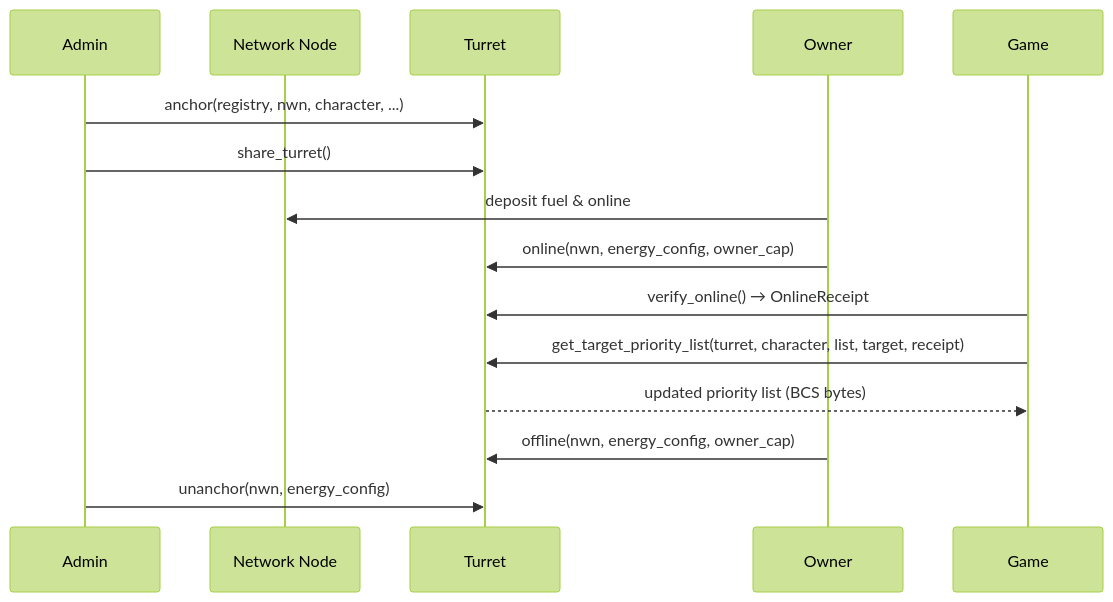
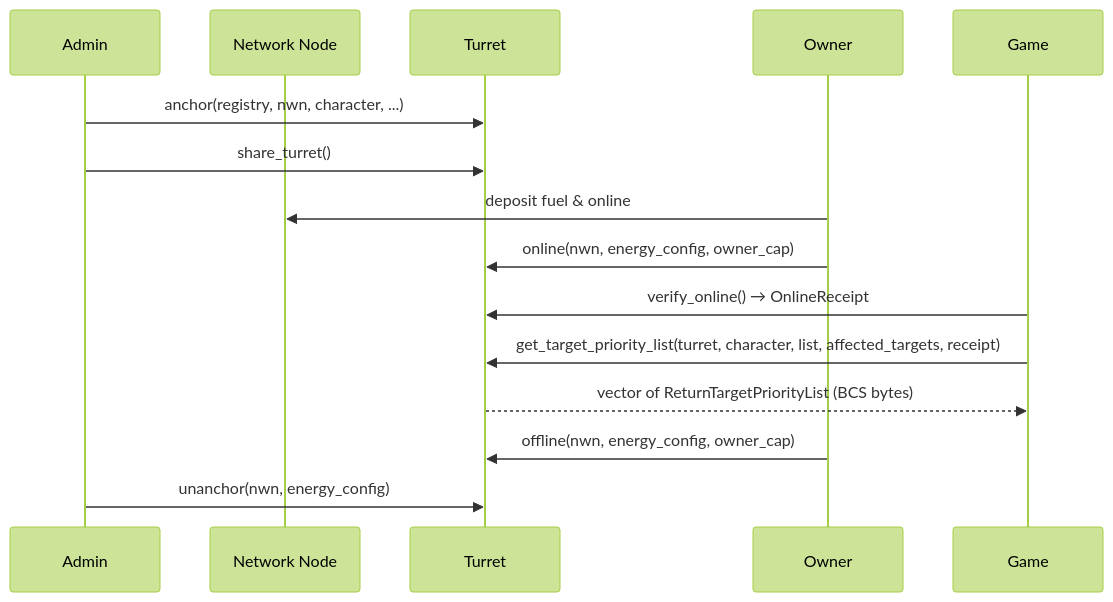
The third of 3 diagrams in content/develop/world-contracts/assemblies/turret.move.md (Scetrov/frontier.scetrov.live), drawn with Mermaid (forest theme) before and after one commit. The commit also changed other lines of this file and 8 other files, not shown here.

````diff
--- a/content/develop/world-contracts/assemblies/turret.move.md
+++ b/content/develop/world-contracts/assemblies/turret.move.md
@@ -216,18 +265,18 @@
 ```mermaid
 sequenceDiagram
     participant Admin
     participant NWN as Network Node
     participant Turret
     participant Owner
     participant Game
 
     Admin->>Turret: anchor(registry, nwn, character, ...)
     Admin->>Turret: share_turret()
     Owner->>NWN: deposit fuel & online
     Owner->>Turret: online(nwn, energy_config, owner_cap)
     Game->>Turret: verify_online() → OnlineReceipt
-    Game->>Turret: get_target_priority_list(turret, character, list, target, receipt)
-    Turret-->>Game: updated priority list (BCS bytes)
+    Game->>Turret: get_target_priority_list(turret, character, list, affected_targets, receipt)
+    Turret-->>Game: vector of ReturnTargetPriorityList (BCS bytes)
     Owner->>Turret: offline(nwn, energy_config, owner_cap)
     Admin->>Turret: unanchor(nwn, energy_config)
 ```
````
